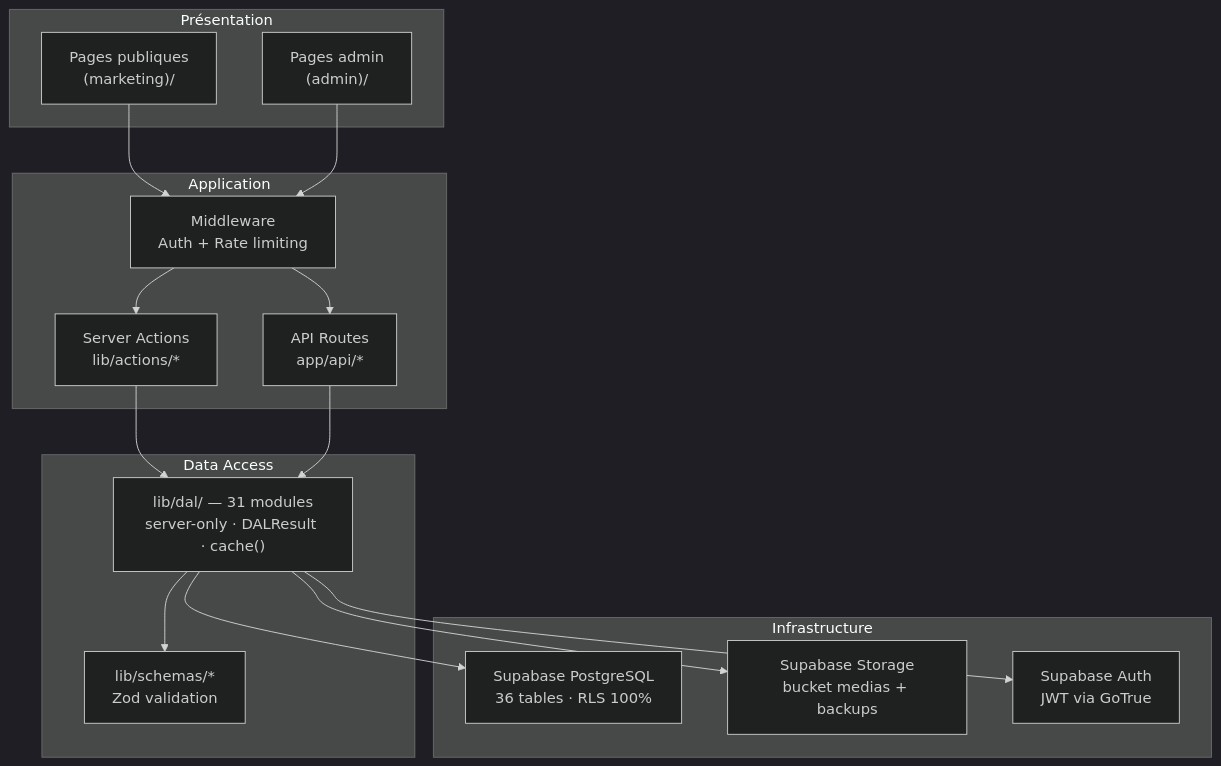
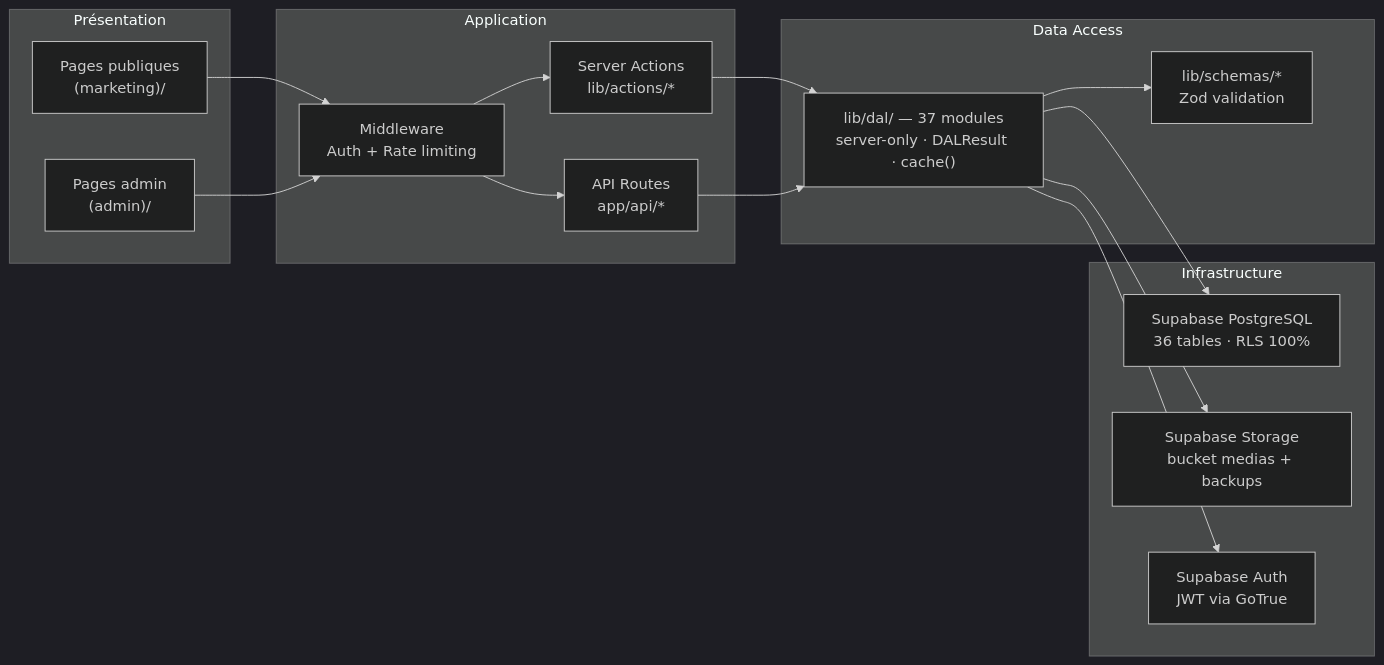
The first of 2 diagrams in README.md (YanBerdin/rougecardinalcompany), drawn with Mermaid (dark theme) before and after one commit. The commit also changed other lines of this file and 6 other files, not shown here.

````diff
--- a/README.md
+++ b/README.md
@@ -101,30 +101,30 @@
 ```mermaid
-flowchart TB
+flowchart LR
   subgraph L1["Présentation"]
     PUBP["Pages publiques\n(marketing)/"]
     ADMP["Pages admin\n(admin)/"]
   end
 
   subgraph L2["Application"]
     MIDDLE["Middleware\nAuth + Rate limiting"]
     SA["Server Actions\nlib/actions/*"]
     APIR["API Routes\napp/api/*"]
   end
 
   subgraph L3["Data Access"]
-    DAL["lib/dal/ — 31 modules\nserver-only · DALResult<T> · cache()"]
+    DAL["lib/dal/ — 37 modules\nserver-only · DALResult<T> · cache()"]
     SCHEMA["lib/schemas/*\nZod validation"]
   end
 
   subgraph L4["Infrastructure"]
     PG["Supabase PostgreSQL\n36 tables · RLS 100%"]
     STORAGE["Supabase Storage\nbucket medias + backups"]
     AUTH["Supabase Auth\nJWT via GoTrue"]
   end
 
   PUBP & ADMP --> MIDDLE
   MIDDLE --> SA & APIR
   SA & APIR --> DAL
   DAL --> SCHEMA
   DAL --> PG & STORAGE & AUTH
 ```
````
